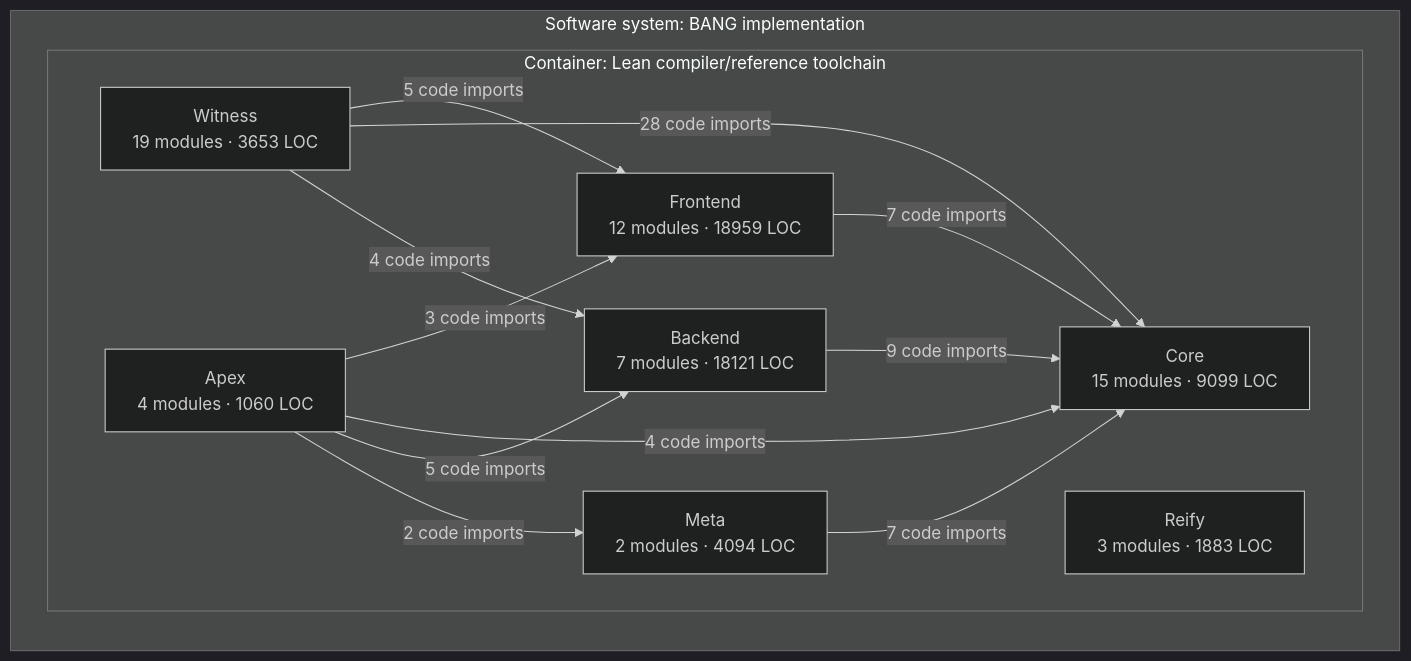
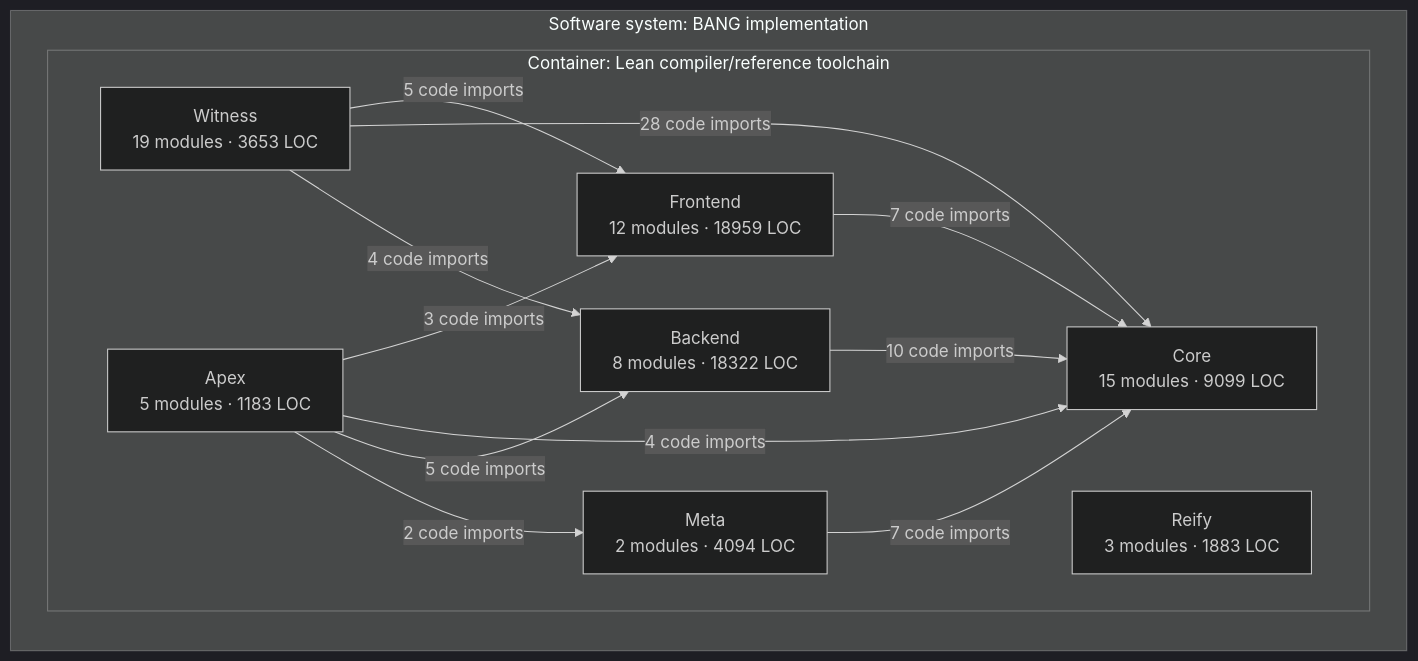
Before and after one commit to phibkro/bang: the third of 3 diagrams in docs/architecture/core-overview.md, drawn with Mermaid (dark theme). The commit also changed other lines of this file and 58 other files, not shown here.

````diff
--- a/docs/architecture/core-overview.md
+++ b/docs/architecture/core-overview.md
@@ -160,24 +165,24 @@
 ```mermaid
 flowchart LR
   subgraph system_BANG["Software system: BANG implementation"]
     subgraph container_Lean_toolchain["Container: Lean compiler/reference toolchain"]
       component_Frontend["Frontend<br/>12 modules · 18959 LOC"]
       component_Core["Core<br/>15 modules · 9099 LOC"]
-      component_Backend["Backend<br/>7 modules · 18121 LOC"]
+      component_Backend["Backend<br/>8 modules · 18322 LOC"]
       component_Meta["Meta<br/>2 modules · 4094 LOC"]
       component_Witness["Witness<br/>19 modules · 3653 LOC"]
       component_Reify["Reify<br/>3 modules · 1883 LOC"]
-      component_Apex["Apex<br/>4 modules · 1060 LOC"]
+      component_Apex["Apex<br/>5 modules · 1183 LOC"]
     end
   end
   component_Frontend -->|7 code imports| component_Core
-  component_Backend -->|9 code imports| component_Core
+  component_Backend -->|10 code imports| component_Core
   component_Meta -->|7 code imports| component_Core
   component_Witness -->|5 code imports| component_Frontend
   component_Witness -->|28 code imports| component_Core
   component_Witness -->|4 code imports| component_Backend
   component_Apex -->|3 code imports| component_Frontend
   component_Apex -->|4 code imports| component_Core
   component_Apex -->|5 code imports| component_Backend
   component_Apex -->|2 code imports| component_Meta
 ```
````
